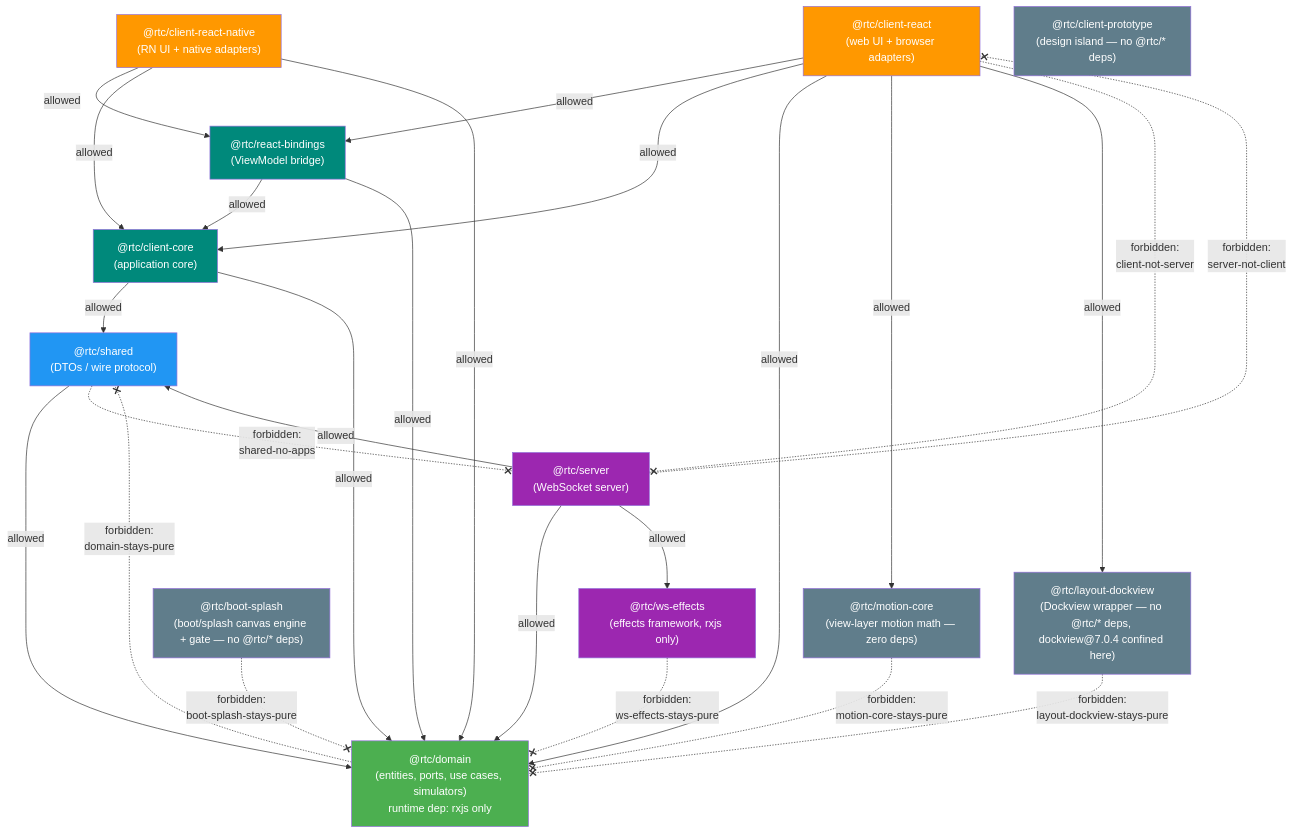
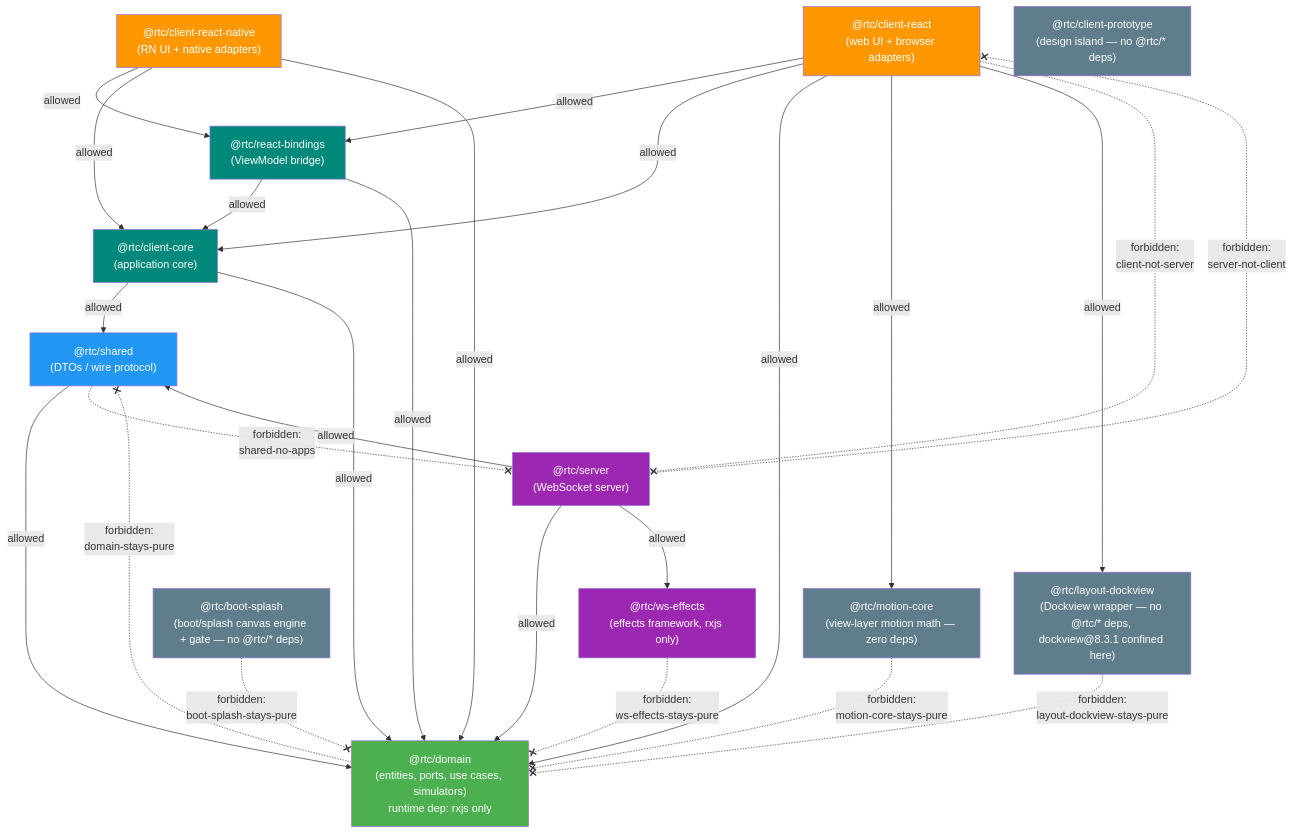
The diagram in docs/dependency-cruiser.md (bettersoftware-io/ReactiveTraderCloudClone), drawn with Mermaid before and after one commit. The commit also changed other lines of this file and 19 other files, not shown here.

First line of the commit message:
docs: fix stale facts, add historical banners, refresh the architecture index

````diff
--- a/docs/dependency-cruiser.md
+++ b/docs/dependency-cruiser.md
@@ -23,54 +23,54 @@
 ```mermaid
 graph TD
     webc["@rtc/client-react<br/>(web UI + browser adapters)"]
     rnc["@rtc/client-react-native<br/>(RN UI + native adapters)"]
     rb["@rtc/react-bindings<br/>(ViewModel bridge)"]
     core["@rtc/client-core<br/>(application core)"]
     server["@rtc/server<br/>(WebSocket server)"]
     wse["@rtc/ws-effects<br/>(effects framework, rxjs only)"]
     shared["@rtc/shared<br/>(DTOs / wire protocol)"]
     domain["@rtc/domain<br/>(entities, ports, use cases, simulators)<br/>runtime dep: rxjs only"]
     proto["@rtc/client-prototype<br/>(design island — no @rtc/* deps)"]
     motion["@rtc/motion-core<br/>(view-layer motion math — zero deps)"]
     boot["@rtc/boot-splash<br/>(boot/splash canvas engine + gate — no @rtc/* deps)"]
-    dockv["@rtc/layout-dockview<br/>(Dockview wrapper — no @rtc/* deps, dockview@7.0.4 confined here)"]
+    dockv["@rtc/layout-dockview<br/>(Dockview wrapper — no @rtc/* deps, dockview@8.3.1 confined here)"]
 
     webc -->|allowed| rb
     webc -->|allowed| core
     webc -->|allowed| domain
     webc -->|allowed| motion
     webc -->|allowed| dockv
     rnc -->|allowed| rb
     rnc -->|allowed| core
     rnc -->|allowed| domain
     rb -->|allowed| core
     rb -->|allowed| domain
     core -->|allowed| shared
     core -->|allowed| domain
     server -->|allowed| shared
     server -->|allowed| domain
     server -->|allowed| wse
     shared -->|allowed| domain
 
     webc -. "forbidden:<br/>client-not-server" .-x server
     server -. "forbidden:<br/>server-not-client" .-x webc
     shared -. "forbidden:<br/>shared-no-apps" .-x server
     domain -. "forbidden:<br/>domain-stays-pure" .-x shared
     wse -. "forbidden:<br/>ws-effects-stays-pure" .-x domain
     motion -. "forbidden:<br/>motion-core-stays-pure" .-x domain
     boot -. "forbidden:<br/>boot-splash-stays-pure" .-x domain
     dockv -. "forbidden:<br/>layout-dockview-stays-pure" .-x domain
 
     classDef pure fill:#4CAF50,color:#fff;
     classDef dto fill:#2196F3,color:#fff;
     classDef coreC fill:#00897B,color:#fff;
     classDef app fill:#FF9800,color:#fff;
     classDef srv fill:#9C27B0,color:#fff;
     classDef isle fill:#607D8B,color:#fff;
     class domain pure;
     class shared dto;
     class core,rb coreC;
     class webc,rnc app;
     class server,wse srv;
     class proto,motion,boot,dockv isle;
 ```
````
